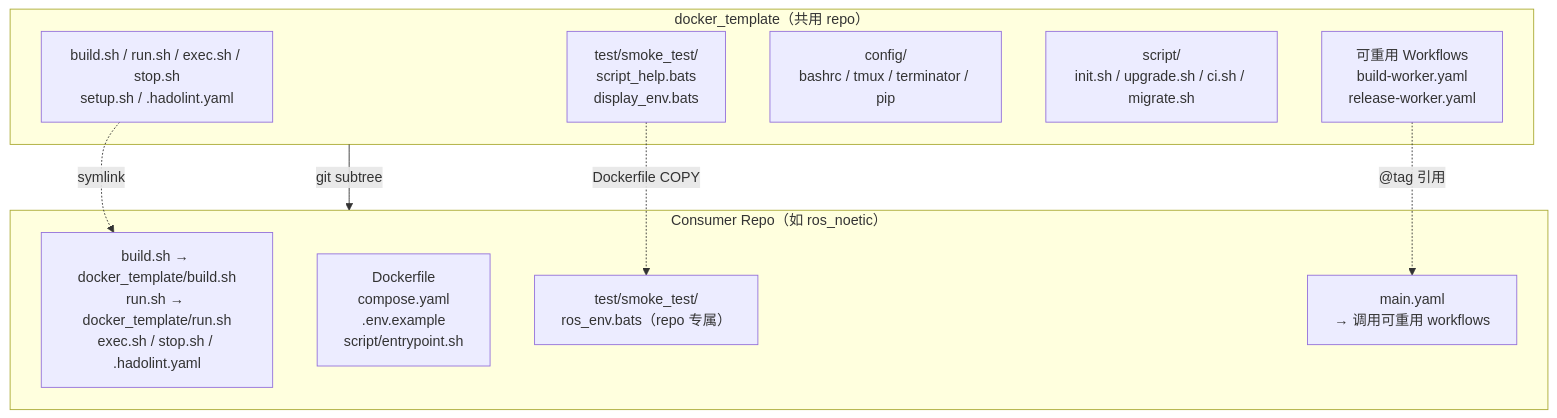
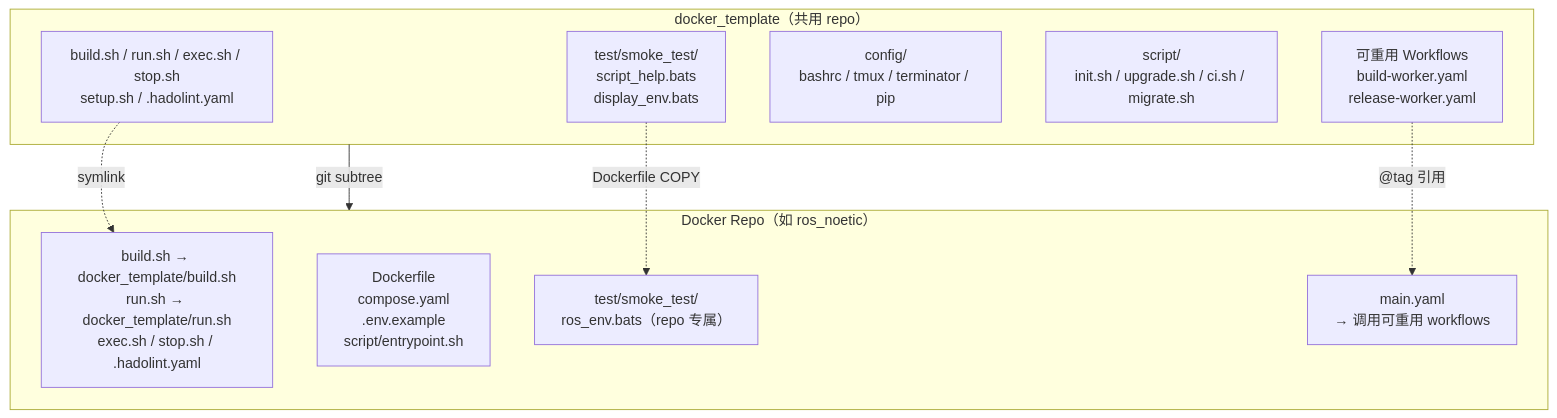
One commit to ycpss91255-docker/template changed the first of 2 diagrams in doc/readme/README.zh-CN.md. Above: the diagram before and after it, drawn with Mermaid. The commit also changed other lines of this file and 11 other files, not shown here.

````diff
--- a/doc/readme/README.zh-CN.md
+++ b/doc/readme/README.zh-CN.md
@@ -39,22 +39,22 @@
 ```mermaid
 graph TB
     subgraph docker_template["docker_template（共用 repo）"]
         scripts["build.sh / run.sh / exec.sh / stop.sh<br/>setup.sh / .hadolint.yaml"]
         smoke["test/smoke_test/<br/>script_help.bats<br/>display_env.bats"]
         config["config/<br/>bashrc / tmux / terminator / pip"]
         mgmt["script/<br/>init.sh / upgrade.sh / ci.sh / migrate.sh"]
         workflows["可重用 Workflows<br/>build-worker.yaml<br/>release-worker.yaml"]
     end
 
-    subgraph consumer["Consumer Repo（如 ros_noetic）"]
+    subgraph consumer["Docker Repo（如 ros_noetic）"]
         symlinks["build.sh → docker_template/build.sh<br/>run.sh → docker_template/run.sh<br/>exec.sh / stop.sh / .hadolint.yaml"]
         dockerfile["Dockerfile<br/>compose.yaml<br/>.env.example<br/>script/entrypoint.sh"]
         repo_test["test/smoke_test/<br/>ros_env.bats（repo 专属）"]
         main_yaml["main.yaml<br/>→ 调用可重用 workflows"]
     end
 
     docker_template -- "git subtree" --> consumer
     scripts -. "symlink" .-> symlinks
     smoke -. "Dockerfile COPY" .-> repo_test
     workflows -. "@tag 引用" .-> main_yaml
 ```
````
